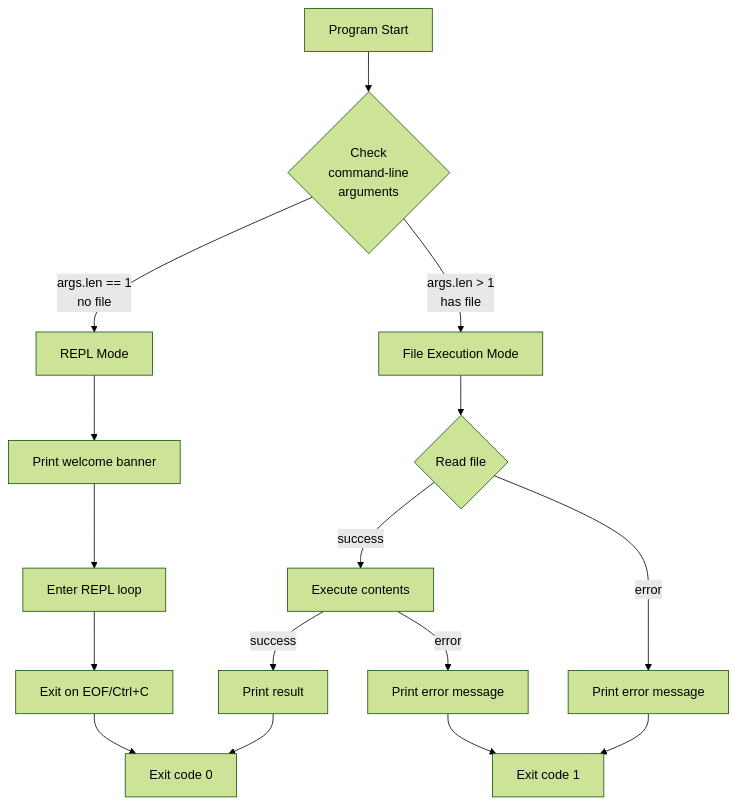
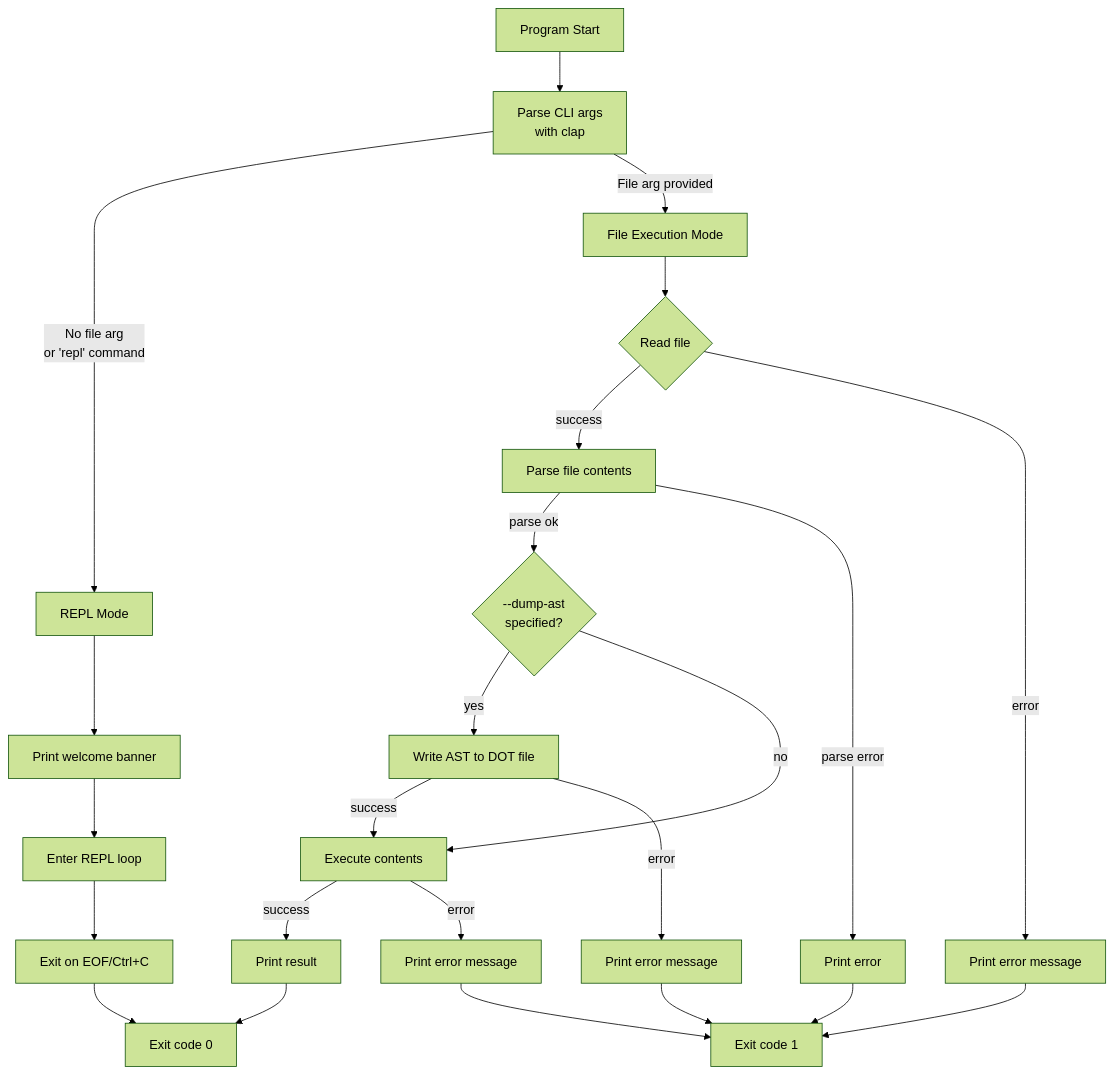
Before and after one commit to vansweej/parlang: the third of 11 diagrams in docs/MODULE_MAIN.md, drawn with Mermaid (forest theme). The commit also changed other lines of this file and 4 other files, not shown here.

Commit message:
Update documentation for clap and DOT module

````diff
--- a/docs/MODULE_MAIN.md
+++ b/docs/MODULE_MAIN.md
@@ -91,23 +171,34 @@
 ```mermaid
 flowchart TD
-    START[Program Start] --> ARGS{Check<br/>command-line<br/>arguments}
+    START[Program Start] --> PARSE[Parse CLI args<br/>with clap]
     
-    ARGS -->|args.len == 1<br/>no file| REPL_MODE[REPL Mode]
-    ARGS -->|args.len > 1<br/>has file| FILE_MODE[File Execution Mode]
+    PARSE -->|No file arg<br/>or 'repl' command| REPL_MODE[REPL Mode]
+    PARSE -->|File arg provided| FILE_MODE[File Execution Mode]
     
     REPL_MODE --> REPL_INIT[Print welcome banner]
     REPL_INIT --> REPL_LOOP[Enter REPL loop]
     REPL_LOOP --> REPL_END[Exit on EOF/Ctrl+C]
     REPL_END --> EXIT_0[Exit code 0]
     
     FILE_MODE --> READ{Read file}
-    READ -->|success| EXECUTE[Execute contents]
+    READ -->|success| PARSE_FILE[Parse file contents]
     READ -->|error| FILE_ERROR[Print error message]
+    
+    PARSE_FILE -->|parse ok| DUMP{--dump-ast<br/>specified?}
+    PARSE_FILE -->|parse error| PARSE_ERROR[Print error]
+    
+    DUMP -->|yes| WRITE_DOT[Write AST to DOT file]
+    DUMP -->|no| EXECUTE
+    
+    WRITE_DOT -->|success| EXECUTE[Execute contents]
+    WRITE_DOT -->|error| DOT_ERROR[Print error message]
     
     EXECUTE -->|success| PRINT[Print result]
     EXECUTE -->|error| EXEC_ERROR[Print error message]
     
     PRINT --> EXIT_0
     FILE_ERROR --> EXIT_1[Exit code 1]
+    PARSE_ERROR --> EXIT_1
+    DOT_ERROR --> EXIT_1
     EXEC_ERROR --> EXIT_1
 ```
````
